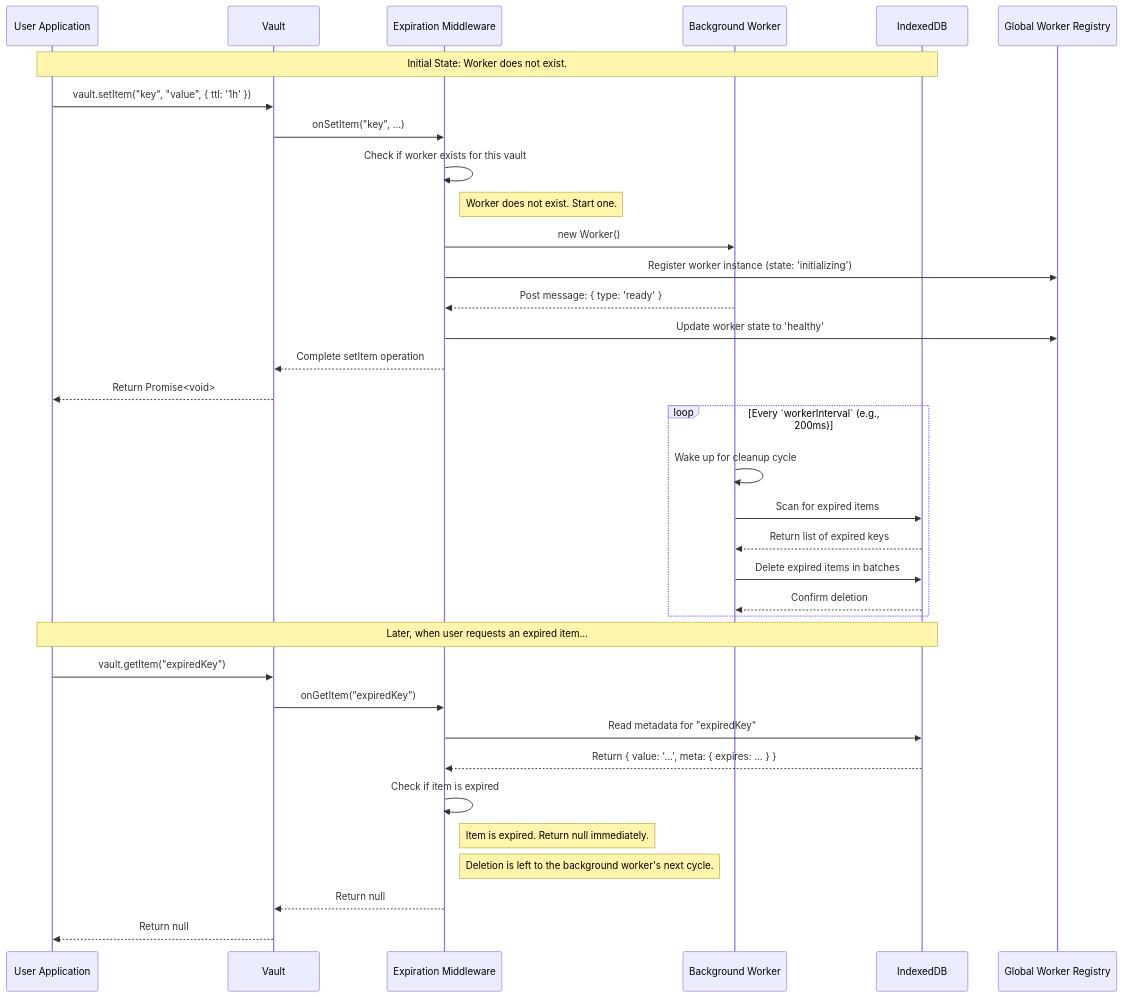
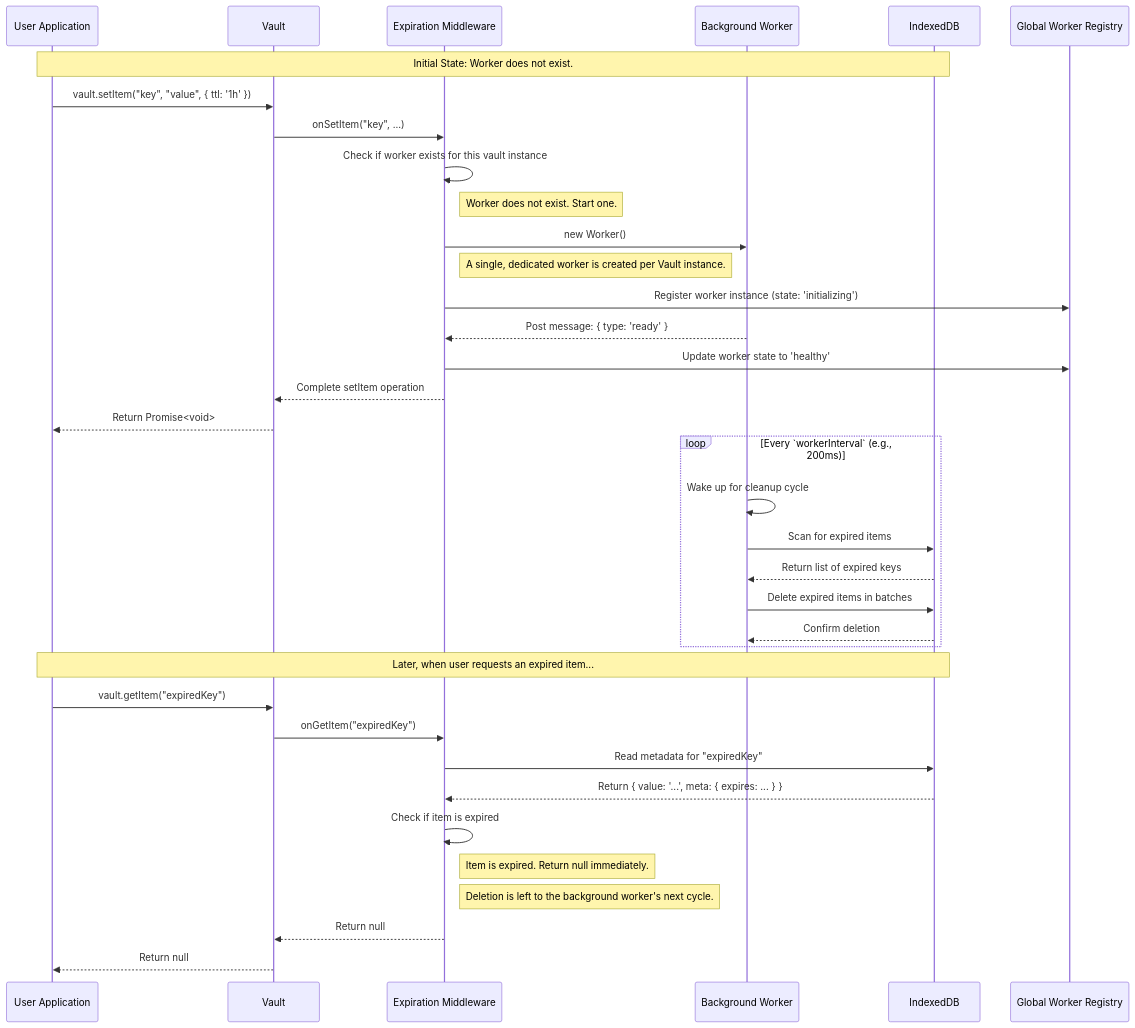
One commit to maniartech/vault changed the second of 3 diagrams in src/middlewares/expiration.md. Above: the diagram before and after it, drawn with Mermaid.

Commit message:
docs: clarify worker instance creation in expiration middleware sequence diagram

````diff
--- a/src/middlewares/expiration.md
+++ b/src/middlewares/expiration.md
@@ -172,42 +172,43 @@
 ```mermaid
 sequenceDiagram
     participant UserApp as User Application
     participant Vault
     participant Middleware as Expiration Middleware
     participant Worker as Background Worker
     participant DB as IndexedDB
     participant Registry as Global Worker Registry
 
     Note over UserApp, DB: Initial State: Worker does not exist.
 
     UserApp->>Vault: vault.setItem("key", "value", { ttl: '1h' })
     Vault->>Middleware: onSetItem("key", ...)
-    Middleware->>Middleware: Check if worker exists for this vault
+    Middleware->>Middleware: Check if worker exists for this vault instance
     Note right of Middleware: Worker does not exist. Start one.
     Middleware->>Worker: new Worker()
+    Note right of Middleware: A single, dedicated worker is created per Vault instance.
     Middleware->>Registry: Register worker instance (state: 'initializing')
     Worker-->>Middleware: Post message: { type: 'ready' }
     Middleware->>Registry: Update worker state to 'healthy'
     Middleware-->>Vault: Complete setItem operation
     Vault-->>UserApp: Return Promise<void>
 
     loop Every `workerInterval` (e.g., 200ms)
         Worker->>Worker: Wake up for cleanup cycle
         Worker->>DB: Scan for expired items
         DB-->>Worker: Return list of expired keys
         Worker->>DB: Delete expired items in batches
         DB-->>Worker: Confirm deletion
     end
 
     Note over UserApp, DB: Later, when user requests an expired item...
 
     UserApp->>Vault: vault.getItem("expiredKey")
     Vault->>Middleware: onGetItem("expiredKey")
     Middleware->>DB: Read metadata for "expiredKey"
     DB-->>Middleware: Return { value: '...', meta: { expires: ... } }
     Middleware->>Middleware: Check if item is expired
     Note right of Middleware: Item is expired. Return null immediately.
     Note right of Middleware: Deletion is left to the background worker's next cycle.
     Middleware-->>Vault: Return null
     Vault-->>UserApp: Return null
 ```
````
